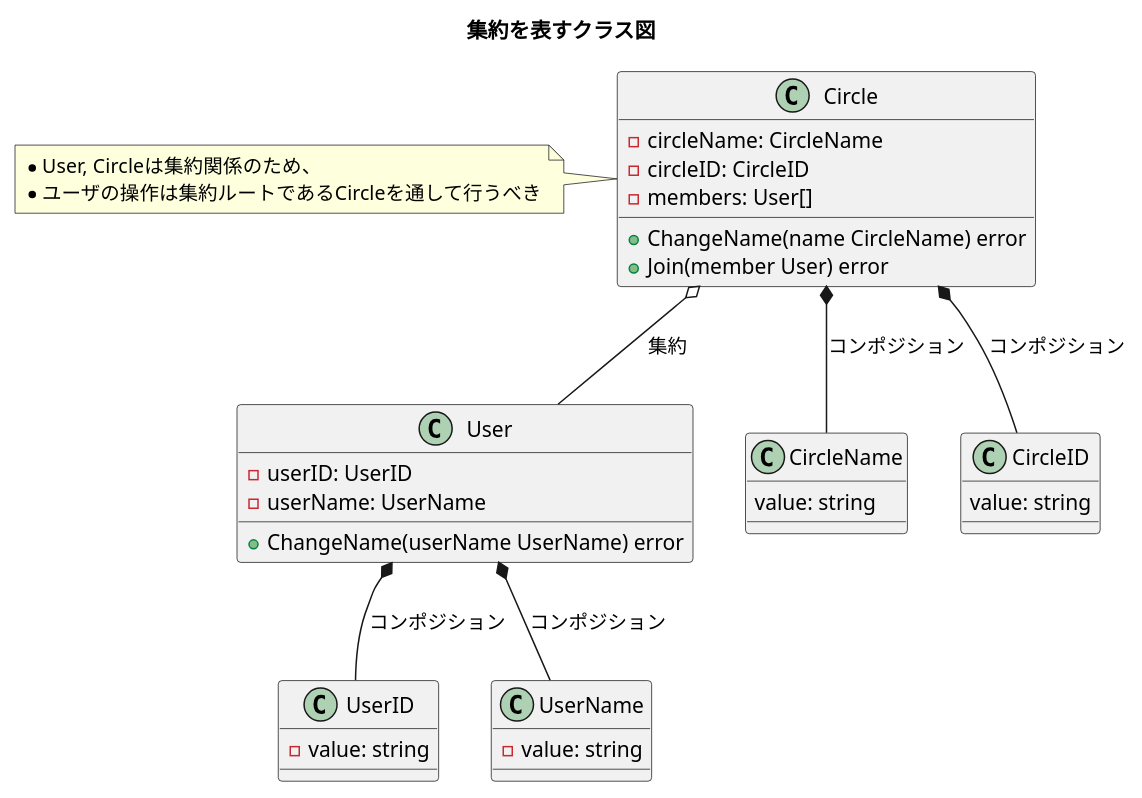
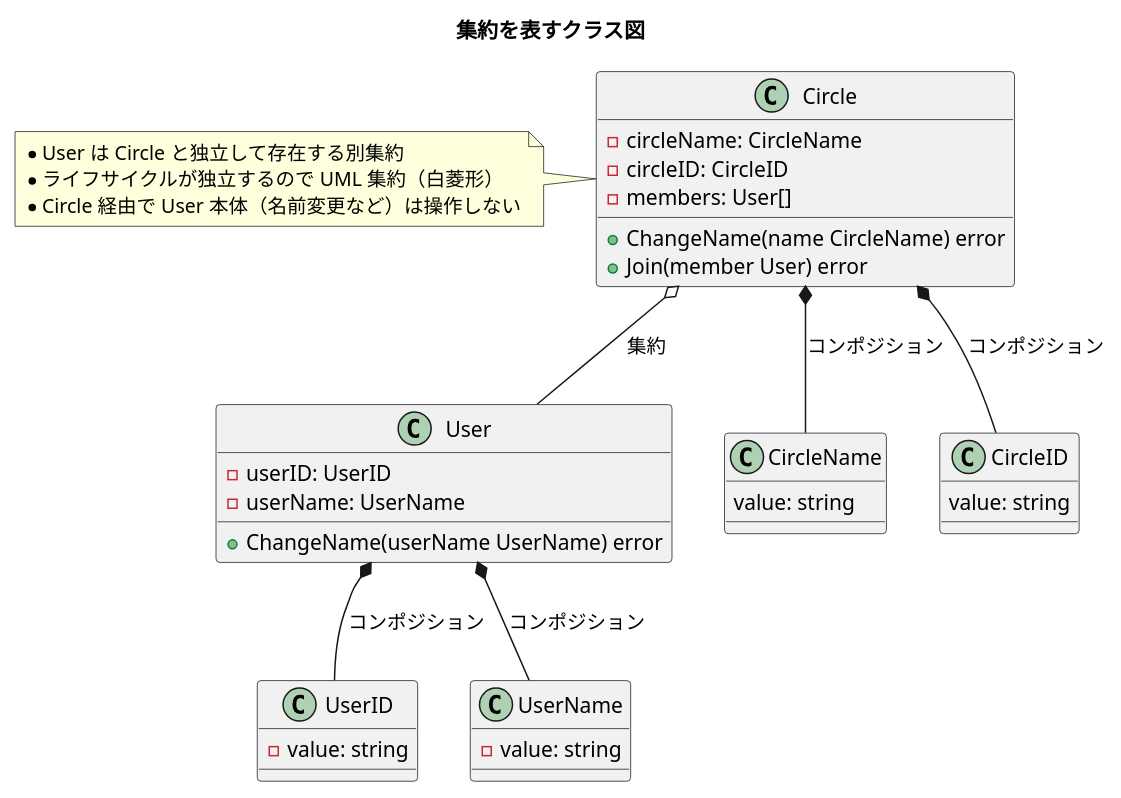
Before and after one commit to Yuki-TU/ddd: the diagram in diagrams/ch12-aggregate-circle.puml, drawn with PlantUML. The commit also changed 3 other files, not shown here.

Commit message:
12章で DDD の集約と UML の集約・コンポジションを切り分け、Circle / User の順で読み進められるようにする。

```diff
--- a/diagrams/ch12-aggregate-circle.puml
+++ b/diagrams/ch12-aggregate-circle.puml
@@ -1,45 +1,46 @@
 @startuml
 title 集約を表すクラス図
 
 class User {
   - userID: UserID
   - userName: UserName
   + ChangeName(userName UserName) error
 }
 
 class UserID {
   - value: string
 }
 ' note bottom
 ' 集約境界内オブジェクト
 ' endnote
 
 class UserName {
   - value: string
 }
 class Circle {
   - circleName: CircleName
   - circleID: CircleID
   - members: User[]
   + ChangeName(name CircleName) error
   + Join(member User) error
 }
 
 note left
-* User, Circleは集約関係のため、
-* ユーザの操作は集約ルートであるCircleを通して行うべき
+* User は Circle と独立して存在する別集約
+* ライフサイクルが独立するので UML 集約（白菱形）
+* Circle 経由で User 本体（名前変更など）は操作しない
 endnote
 
 class CircleName {
   value: string
 }
 class CircleID {
   value: string
 }
 
 User *-- UserID: コンポジション
 User *-- UserName: コンポジション
 Circle *-- CircleID: コンポジション
 Circle *-- CircleName: コンポジション
 Circle o-- User: 集約
 @enduml
```
